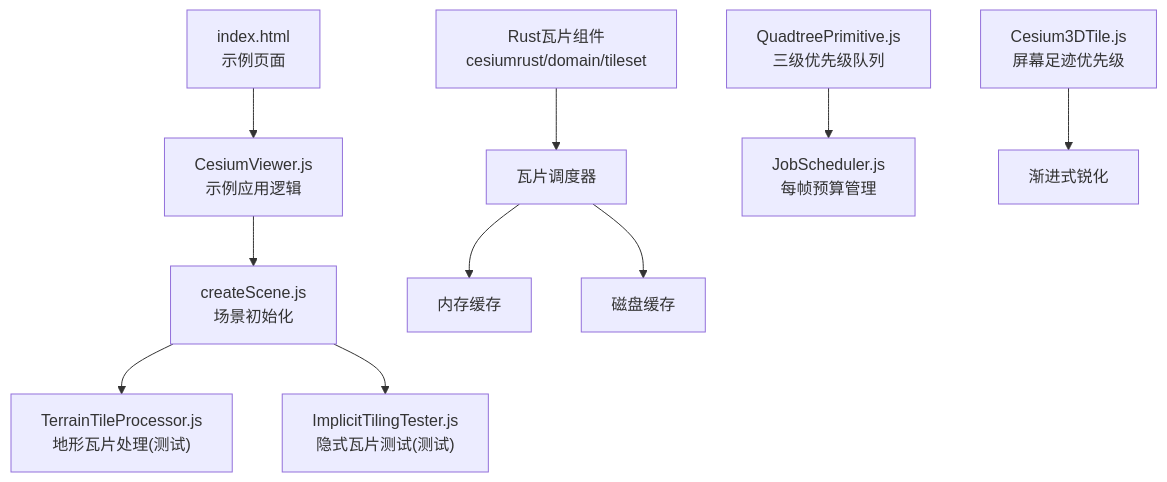
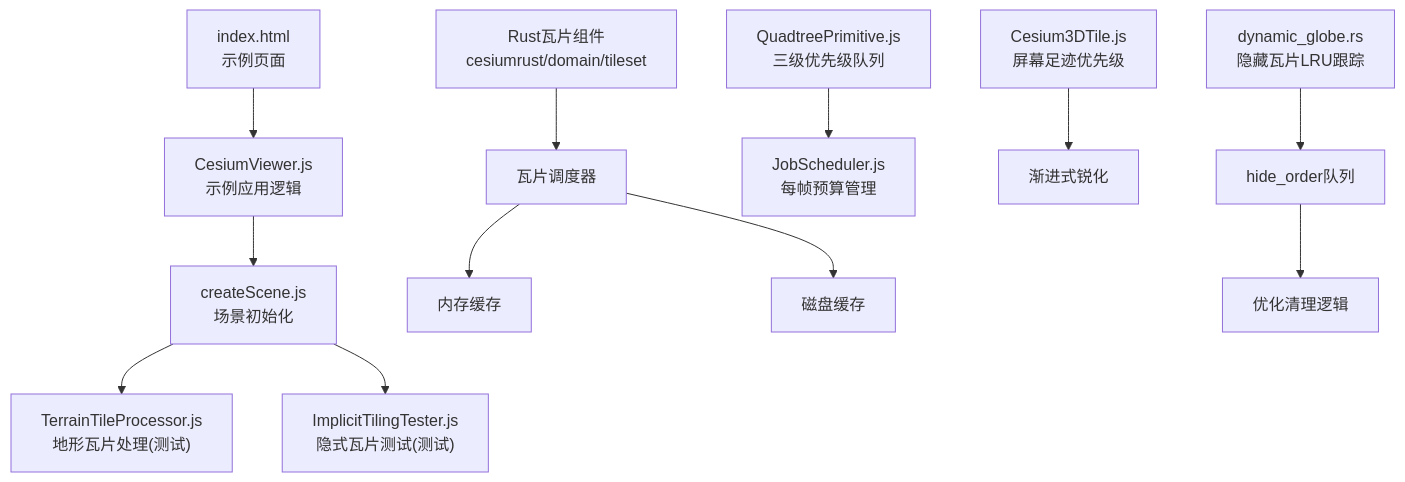
Before and after one commit to rzhangjing/cesium: the first of 10 diagrams in .qoder/repowiki/zh/content/性能优化/数据加载优化/瓦片加载策略.md, drawn with Mermaid. The commit also changed other lines of this file and 61 other files, not shown here.

First line of the commit message:
修改地图晃动BUG

````diff
--- a/.qoder/repowiki/zh/content/性能优化/数据加载优化/瓦片加载策略.md
+++ b/.qoder/repowiki/zh/content/性能优化/数据加载优化/瓦片加载策略.md
@@ -49,12 +51,14 @@
 ```mermaid
 graph TB
 A["index.html<br/>示例页面"] --> B["CesiumViewer.js<br/>示例应用逻辑"]
 B --> C["createScene.js<br/>场景初始化"]
 C --> D["TerrainTileProcessor.js<br/>地形瓦片处理(测试)"]
 C --> E["ImplicitTilingTester.js<br/>隐式瓦片测试(测试)"]
 F["Rust瓦片组件<br/>cesiumrust/domain/tileset"] --> G["瓦片调度器"]
 G --> H["内存缓存"]
 G --> I["磁盘缓存"]
 J["QuadtreePrimitive.js<br/>三级优先级队列"] --> K["JobScheduler.js<br/>每帧预算管理"]
 L["Cesium3DTile.js<br/>屏幕足迹优先级"] --> M["渐进式锐化"]
+N["dynamic_globe.rs<br/>隐藏瓦片LRU跟踪"] --> O["hide_order队列"]
+O --> P["优化清理逻辑"]
 ```
````
